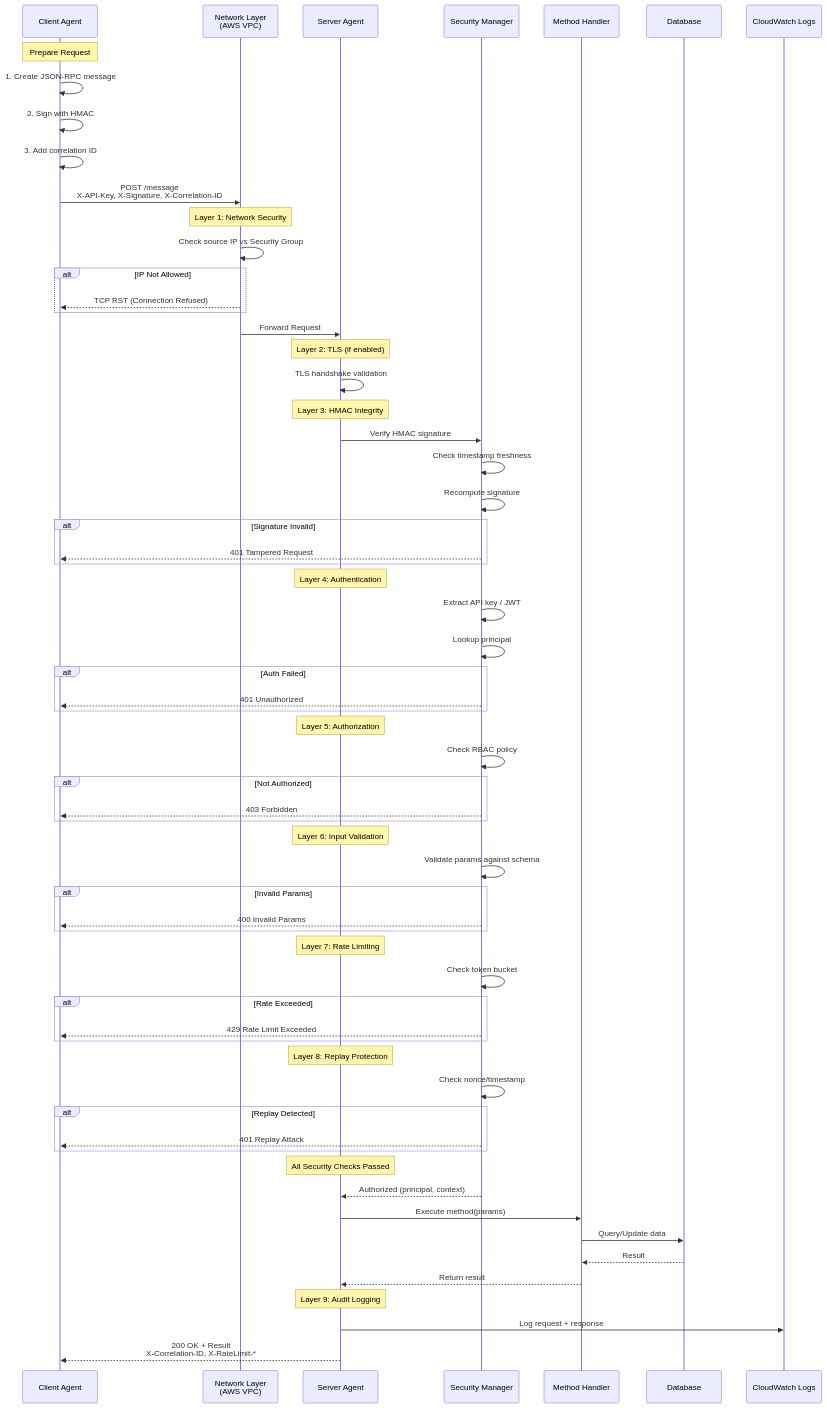
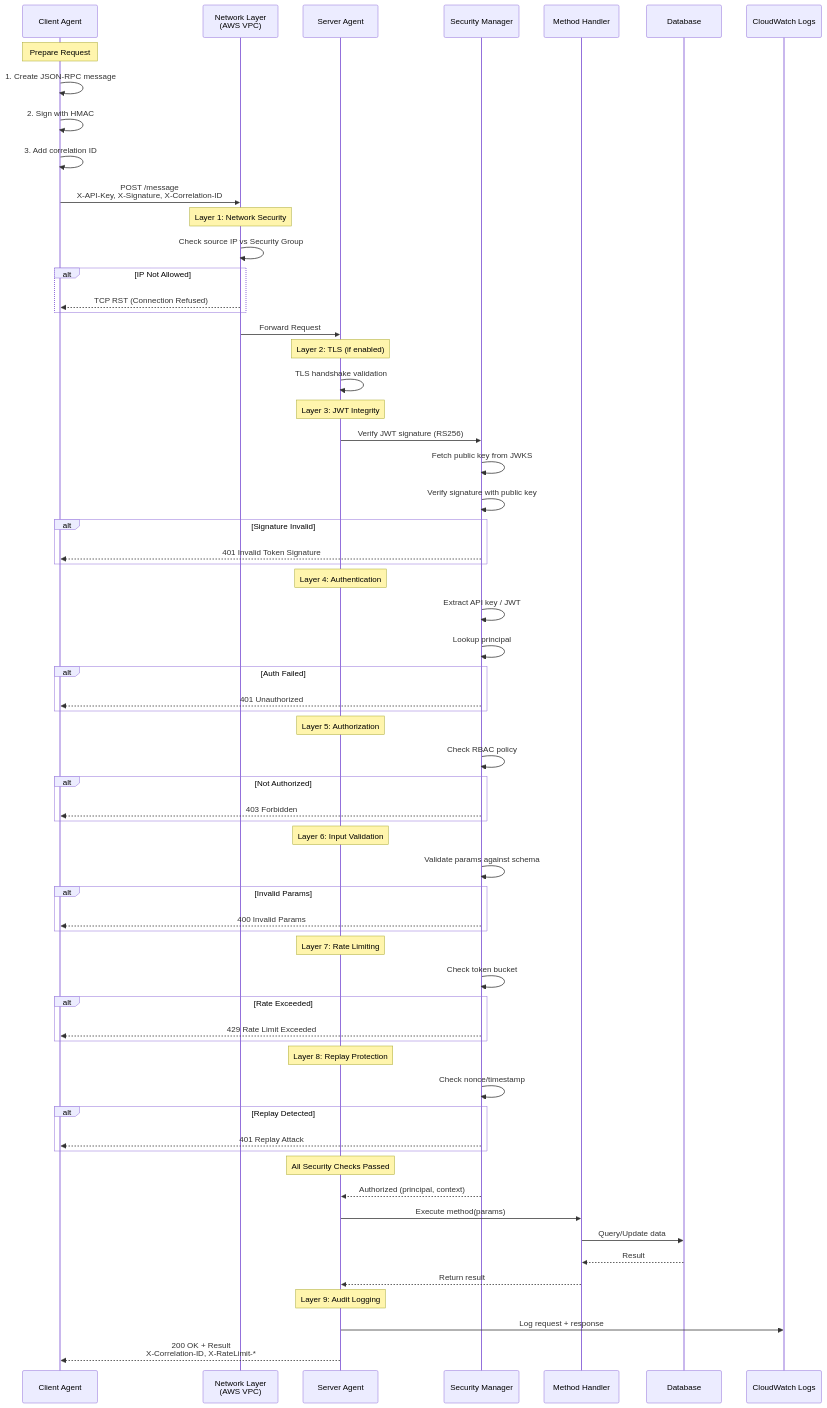
Diagram 15 of 15 in A2A_PROTOCOL_SECURITY_TECHNICAL.md (jaafar-benabderrazak/ca_a2a), drawn with Mermaid before and after one commit. The commit also changed other lines of this file, not shown here.

First line of the commit message:
Update documentation: clarify HMAC is optional, JWT signatures are default

````diff
--- a/A2A_PROTOCOL_SECURITY_TECHNICAL.md
+++ b/A2A_PROTOCOL_SECURITY_TECHNICAL.md
@@ -2530,80 +2613,80 @@
 ```mermaid
 sequenceDiagram
  participant Client as Client Agent
  participant Network as Network Layer<br/>(AWS VPC)
  participant Server as Server Agent
  participant Security as Security Manager
  participant Handler as Method Handler
  participant DB as Database
  participant Logs as CloudWatch Logs
  
  Note over Client: Prepare Request
  Client->>Client: 1. Create JSON-RPC message
  Client->>Client: 2. Sign with HMAC
  Client->>Client: 3. Add correlation ID
  
  Client->>Network: POST /message<br/>X-API-Key, X-Signature, X-Correlation-ID
  
  Note over Network: Layer 1: Network Security
  Network->>Network: Check source IP vs Security Group
  alt IP Not Allowed
  Network-->>Client: TCP RST (Connection Refused)
  end
  
  Network->>Server: Forward Request
  
  Note over Server: Layer 2: TLS (if enabled)
  Server->>Server: TLS handshake validation
  
- Note over Server: Layer 3: HMAC Integrity
- Server->>Security: Verify HMAC signature
- Security->>Security: Check timestamp freshness
- Security->>Security: Recompute signature
+ Note over Server: Layer 3: JWT Integrity
+ Server->>Security: Verify JWT signature (RS256)
+ Security->>Security: Fetch public key from JWKS
+ Security->>Security: Verify signature with public key
  alt Signature Invalid
- Security-->>Client: 401 Tampered Request
+ Security-->>Client: 401 Invalid Token Signature
  end
  
  Note over Server: Layer 4: Authentication
  Security->>Security: Extract API key / JWT
  Security->>Security: Lookup principal
  alt Auth Failed
  Security-->>Client: 401 Unauthorized
  end
  
  Note over Server: Layer 5: Authorization
  Security->>Security: Check RBAC policy
  alt Not Authorized
  Security-->>Client: 403 Forbidden
  end
  
  Note over Server: Layer 6: Input Validation
  Security->>Security: Validate params against schema
  alt Invalid Params
  Security-->>Client: 400 Invalid Params
  end
  
  Note over Server: Layer 7: Rate Limiting
  Security->>Security: Check token bucket
  alt Rate Exceeded
  Security-->>Client: 429 Rate Limit Exceeded
  end
  
  Note over Server: Layer 8: Replay Protection
  Security->>Security: Check nonce/timestamp
  alt Replay Detected
  Security-->>Client: 401 Replay Attack
  end
  
  Note over Server: All Security Checks Passed
  Security-->>Server: Authorized (principal, context)
  
  Server->>Handler: Execute method(params)
  Handler->>DB: Query/Update data
  DB-->>Handler: Result
  Handler-->>Server: Return result
  
  Note over Server: Layer 9: Audit Logging
  Server->>Logs: Log request + response
  
  Server-->>Client: 200 OK + Result<br/>X-Correlation-ID, X-RateLimit-*
 ```
````
